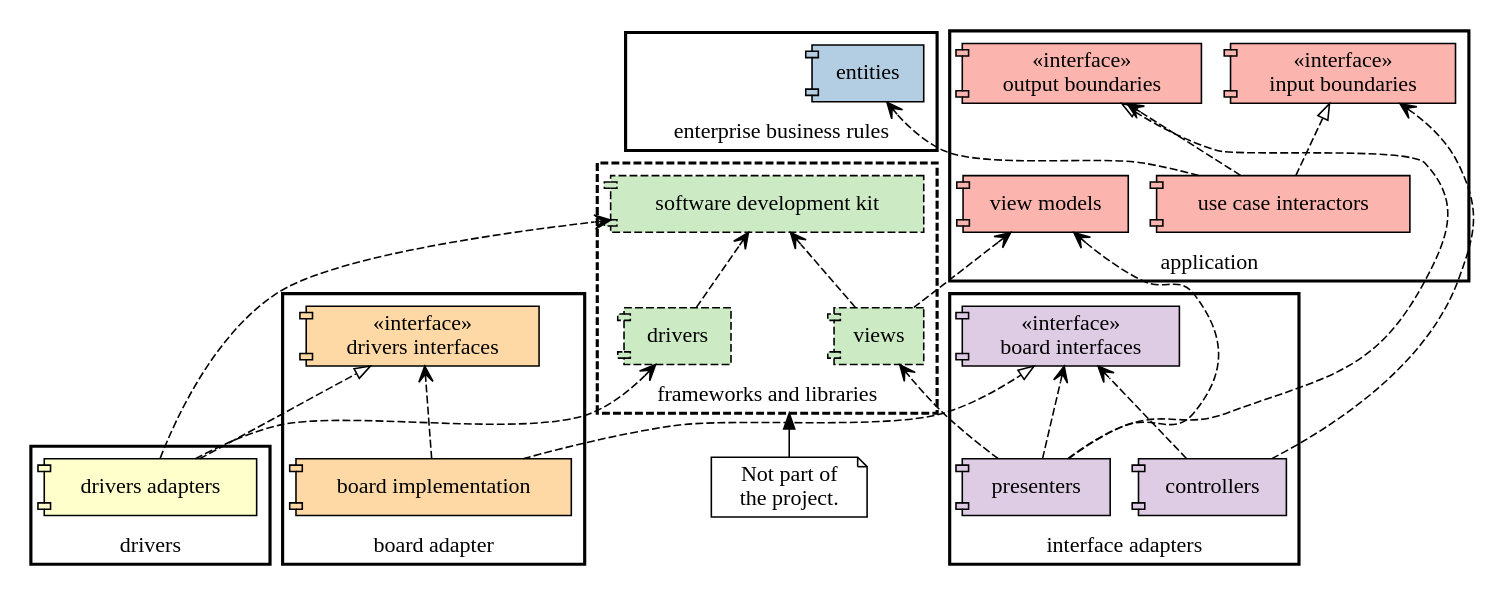
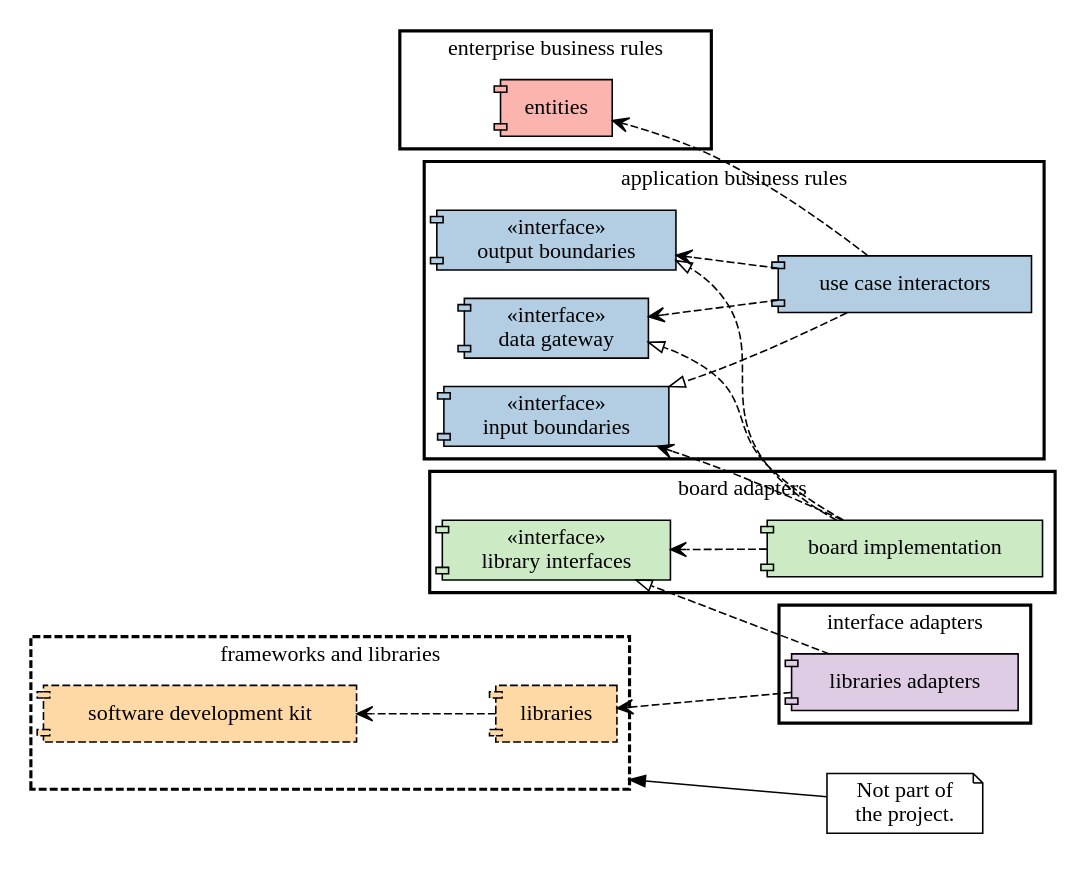
The diagram in doc/component_architecture.dot (Task-Tracker-Systems/Task-Tracker-Device), drawn with Graphviz before and after one commit.

Commit message:
Simplify component diagram.
Do not over-specify how interfaces are realized.

```diff
--- a/doc/component_architecture.dot
+++ b/doc/component_architecture.dot
@@ -1,119 +1,102 @@
 digraph component_architecture {
   compound=true;
-  rankdir="BT";
+  rankdir="RL";
   style="bold"
   
   node [shape="component"];
-  node [colorscheme="pastel16"];
+  node [colorscheme="pastel19"];
   
     {
         // package 'application'
-        node [fillcolor="1", style="filled"];
+        node [fillcolor="2", style="filled"];
         
         subgraph cluster_app {
-            label = "application";
+            label = "application business rules";
         
             output_boundaries [label="«interface»\n output boundaries"]
             use_cases [label="use case interactors"]
             input_boundaries [label="«interface»\n input boundaries"]
-            view_models [label="view models"];
+            data_interface [label="«interface»\n data gateway"]
         }
     }
     
     {
         // package 'enterprise business rules'
-        node [fillcolor="2", style="filled"];
+        node [fillcolor="1", style="filled"];
         
         subgraph cluster_ebr {
             label = "enterprise business rules";
             entities;
         }
     }
   
     {
         // package 'frameworks and libraries'
-        node [fillcolor="3", style="filled, dashed"];
+        node [fillcolor="5", style="filled, dashed"];
         
         subgraph cluster_thirdparty {
             label = "frameworks and libraries";
             style="bold,dashed";
             thirdparty[shape=point style=invis];
            
             sdk [label="software development kit"]
-            drivers [label="drivers"];
-            views;
+            libraries;
         }
     }
     
     subgraph clusterX_margin
     {
         style=invis
         margin="20.0,0.0"
         n1 [label="Not part of\nthe project.", shape="note"]
         n1 -> thirdparty [lhead="cluster_thirdparty"];
     }
   
     {
         // package 'interface adapters'
         node [fillcolor="4", style="filled"];
         
         subgraph cluster_ia {
             label = "interface adapters";
-        
-            controllers, presenters;
-            board_interfaces [label="«interface»\n board interfaces"];
+            liberaries_adapters [label="libraries adapters"];
         };
     }
   
     {
-        // package 'board adapter'
-        node [fillcolor="5", style="filled"];
+        // package 'board adapters'
+        node [fillcolor="3", style="filled"];
         
         subgraph cluster_board {
-            label = "board adapter";
+            label = "board adapters";
         
-            driver_interface [label="«interface»\n drivers interfaces"]
+            // controllers, presenters, views;
+            library_interfaces [label="«interface»\n library interfaces"]
             board_impl [label="board implementation"]
         }
     }
-  
-    {
-        // package 'interface adapters'
-        node [fillcolor="6", style="filled"];
-        
-        subgraph cluster_drivers_adapters {
-            label = "drivers";
-            drivers_adapters [label="drivers adapters"];
-        
-        };
-    }
-
-  
+    
     {
         // associations
         edge [style="dashed"];
         {
             // dependencies
             edge [arrowhead="vee"];
             use_cases -> entities;
             use_cases -> output_boundaries;
-            presenters -> board_interfaces;
-            presenters -> view_models;
-            presenters -> views;
-            controllers -> input_boundaries;
-            controllers -> board_interfaces;
-            board_impl -> driver_interface;
-            views -> view_models;
-            drivers_adapters -> drivers;
-            {views, drivers, drivers_adapters} -> sdk;
+            board_impl -> input_boundaries;
+            board_impl -> library_interfaces;
+            use_cases -> data_interface;
+            
+            libraries -> sdk;
+            liberaries_adapters -> libraries;
         }
         {
             // realizations
             edge [arrowhead="onormal"];
             use_cases -> input_boundaries;
-            presenters -> output_boundaries;
-            board_impl -> board_interfaces;
-            drivers_adapters -> driver_interface;
+            board_impl -> output_boundaries;
+            liberaries_adapters -> library_interfaces;
+            board_impl -> data_interface;
         }
     }
 }
```
